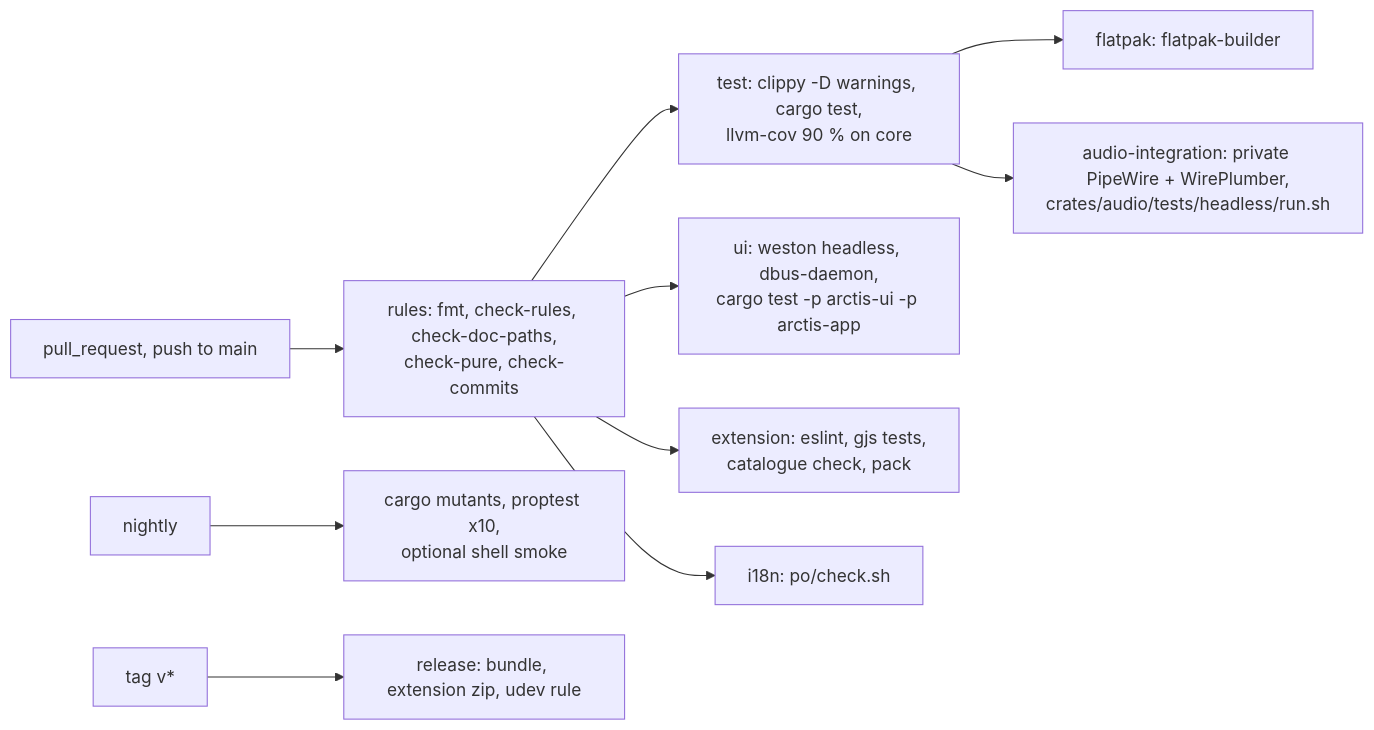
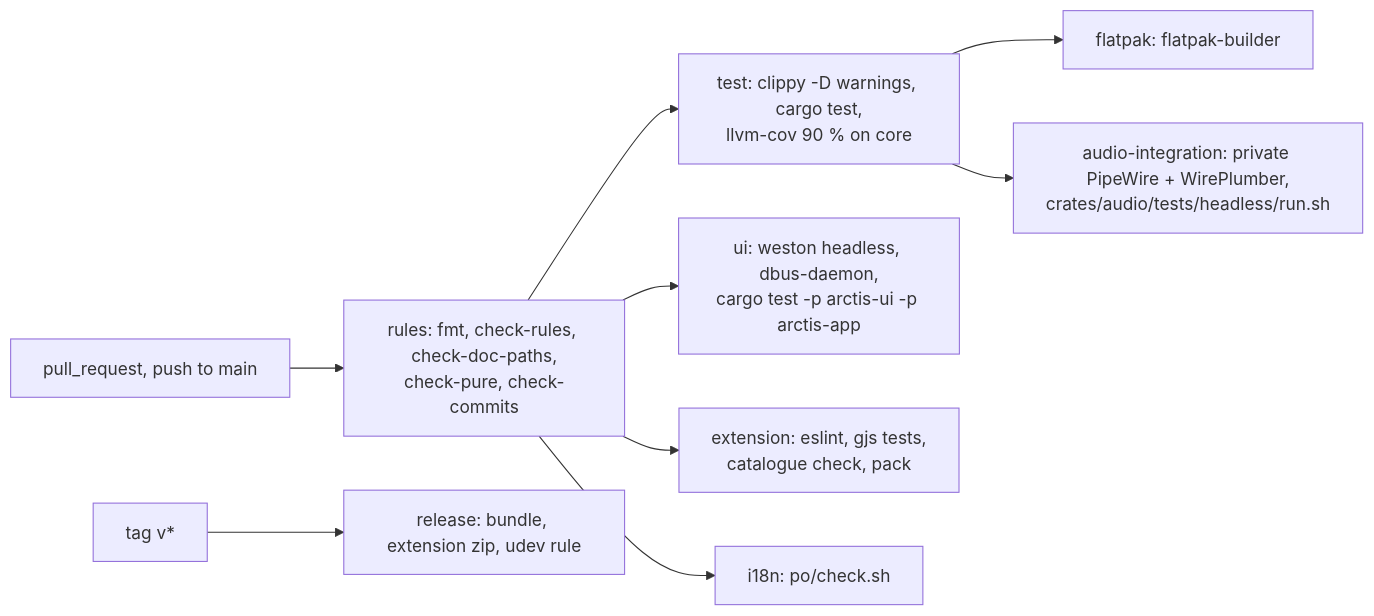
The third of 3 diagrams in docs/architecture/README.md (marcelogm/arctis-companion), drawn with Mermaid before and after one commit. The commit also changed other lines of this file and 2 other files, not shown here.

Commit message:
ci: drop the nightly workflow

````diff
--- a/docs/architecture/README.md
+++ b/docs/architecture/README.md
@@ -76,12 +76,11 @@
 ```mermaid
 flowchart LR
     PR["pull_request, push to main"] --> R["rules: fmt, check-rules, check-doc-paths,<br/>check-pure, check-commits"]
     R --> T["test: clippy -D warnings, cargo test,<br/>llvm-cov 90 % on core"]
     R --> G["ui: weston headless, dbus-daemon,<br/>cargo test -p arctis-ui -p arctis-app"]
     R --> X["extension: eslint, gjs tests,<br/>catalogue check, pack"]
     R --> I["i18n: po/check.sh"]
     T --> F["flatpak: flatpak-builder"]
     T --> A["audio-integration: private PipeWire + WirePlumber,<br/>crates/audio/tests/headless/run.sh"]
-    N["nightly"] --> M["cargo mutants, proptest x10,<br/>optional shell smoke"]
     TG["tag v*"] --> RL["release: bundle, extension zip, udev rule"]
 ```
````
